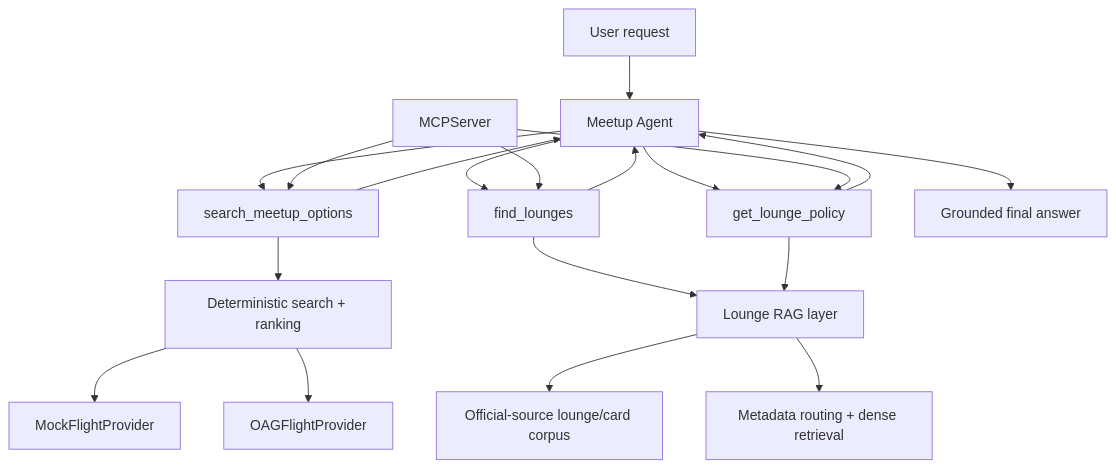
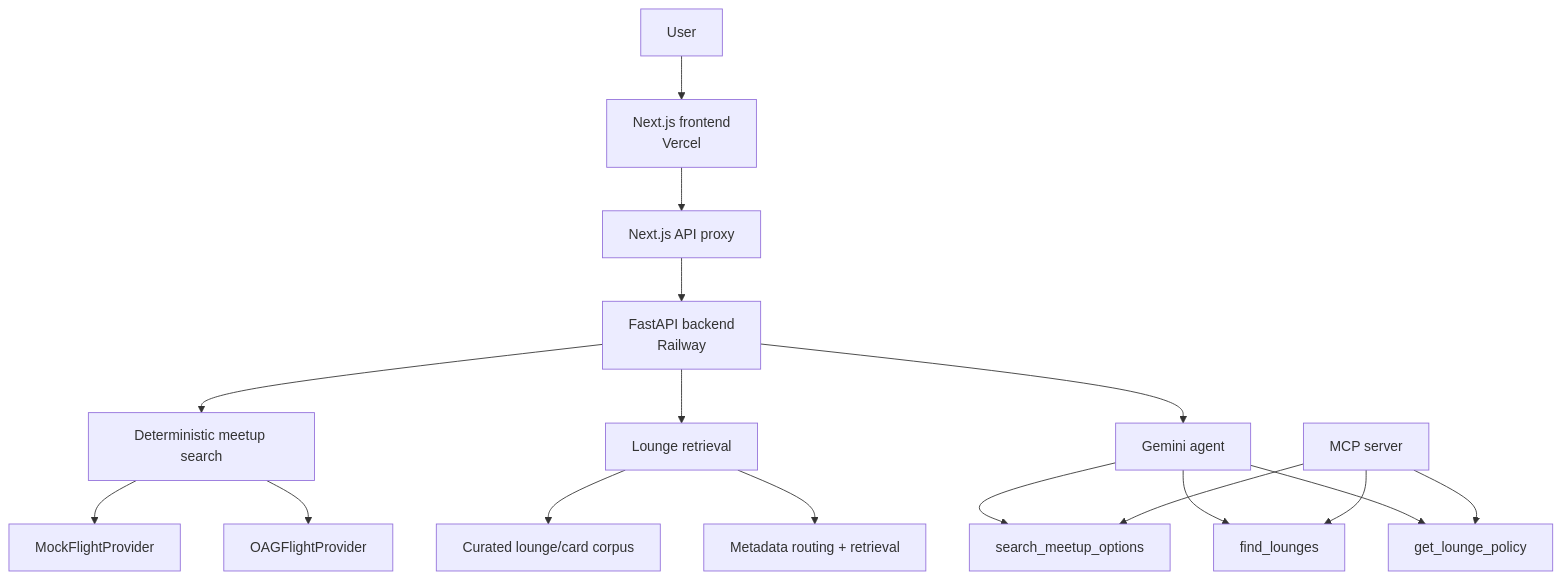
Before and after one commit to beverlyqin/converge: the diagram in README.md, drawn with Mermaid. The commit also changed other lines of this file, not shown here.

````diff
--- a/README.md
+++ b/README.md
@@ -43,26 +57,23 @@
 ```mermaid
 flowchart TD
-    U[User request] --> A[Meetup Agent]
+    U[User] --> FE[Next.js frontend<br/>Vercel]
+    FE --> P[Next.js API proxy]
+    P --> API[FastAPI backend<br/>Railway]
 
-    A --> FT[search_meetup_options]
-    FT --> S[Deterministic search + ranking]
+    API --> S[Deterministic meetup search]
     S --> MP[MockFlightProvider]
     S --> OP[OAGFlightProvider]
 
+    API --> LR[Lounge retrieval]
+    LR --> C[Curated lounge/card corpus]
+    LR --> DR[Metadata routing + retrieval]
+
+    API --> A[Gemini agent]
+    A --> FT[search_meetup_options]
     A --> FL[find_lounges]
     A --> GP[get_lounge_policy]
 
-    FL --> RAG[Lounge RAG layer]
-    GP --> RAG
-    RAG --> C[Official-source lounge/card corpus]
-    RAG --> D[Metadata routing + dense retrieval]
-
-    FT --> A
-    FL --> A
-    GP --> A
-    A --> G[Grounded final answer]
-
-    MCP[MCPServer] --> FT
+    MCP[MCP server] --> FT
     MCP --> FL
     MCP --> GP
 ```
````
